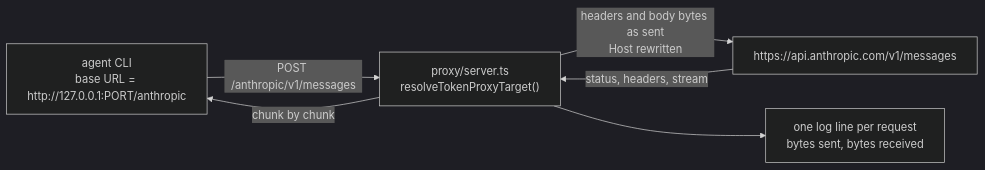
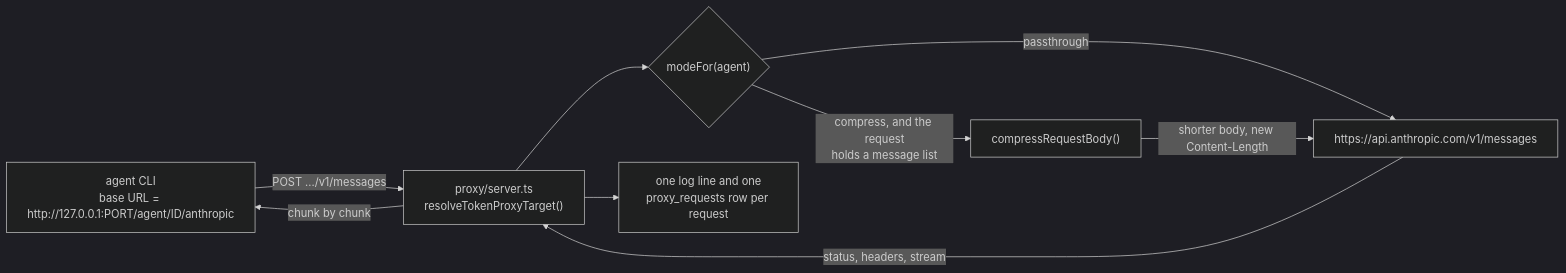
Before and after one commit to 0xH3li0/Maestro: diagram 13 of 16 in docs/architecture/local-models.md, drawn with Mermaid (dark theme). The commit also changed other lines of this file and 63 other files, not shown here.

````diff
--- a/docs/architecture/local-models.md
+++ b/docs/architecture/local-models.md
@@ -1396,8 +1400,11 @@
 ```mermaid
 flowchart LR
-	A["agent CLI<br/>base URL = http://127.0.0.1:PORT/anthropic"] -->|"POST /anthropic/v1/messages"| P["proxy/server.ts<br/>resolveTokenProxyTarget()"]
-	P -->|"headers and body bytes as sent<br/>Host rewritten"| U["https://api.anthropic.com/v1/messages"]
+	A["agent CLI<br/>base URL = http://127.0.0.1:PORT/agent/ID/anthropic"] -->|"POST .../v1/messages"| P["proxy/server.ts<br/>resolveTokenProxyTarget()"]
+	P --> M{"modeFor(agent)"}
+	M -->|"passthrough"| U["https://api.anthropic.com/v1/messages"]
+	M -->|"compress, and the request<br/>holds a message list"| C["compressRequestBody()"]
+	C -->|"shorter body, new Content-Length"| U
 	U -->|"status, headers, stream"| P
 	P -->|"chunk by chunk"| A
-	P --> L["one log line per request<br/>bytes sent, bytes received"]
+	P --> L["one log line and one<br/>proxy_requests row per request"]
 ```
````
